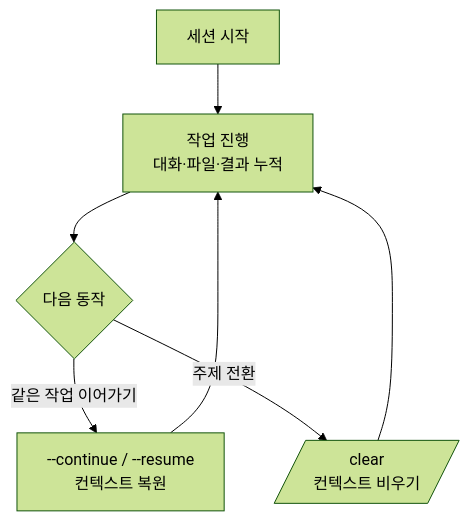
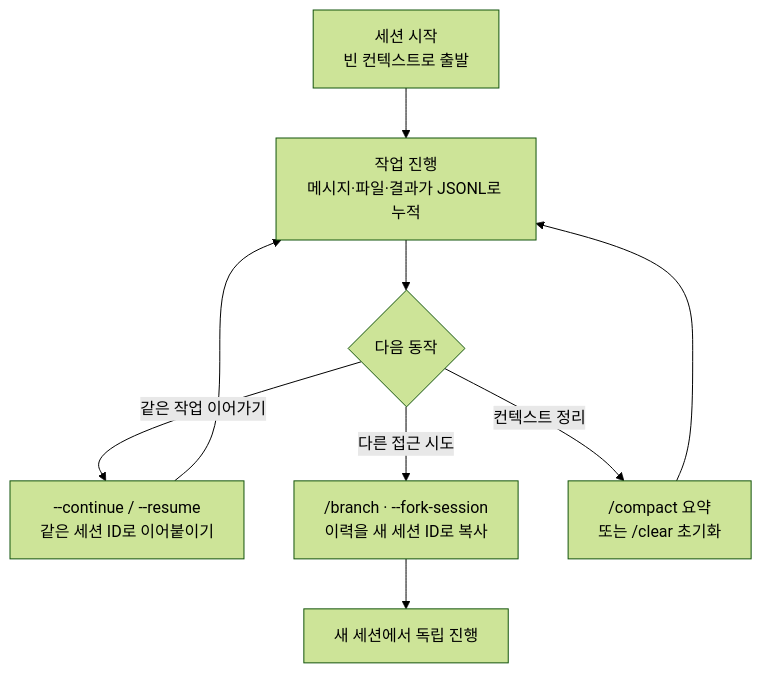
Before and after one commit to modu-ai/moai-adk: the diagram in docs-site/content/ko/claude-code/context-memory/sessions.md, drawn with Mermaid (forest theme). The commit also changed other lines of this file and 5 other files, not shown here.

````diff
--- a/docs-site/content/ko/claude-code/context-memory/sessions.md
+++ b/docs-site/content/ko/claude-code/context-memory/sessions.md
@@ -37,9 +105,11 @@
 ```mermaid
 flowchart TD
-    A[세션 시작] --> B[작업 진행<br/>대화·파일·결과 누적]
+    A["세션 시작<br/>빈 컨텍스트로 출발"] --> B["작업 진행<br/>메시지·파일·결과가 JSONL로 누적"]
     B --> C{다음 동작}
-    C -->|같은 작업 이어가기| D[--continue / --resume<br/>컨텍스트 복원]
-    C -->|주제 전환| E[/clear<br/>컨텍스트 비우기/]
+    C -->|같은 작업 이어가기| D["--continue / --resume<br/>같은 세션 ID로 이어붙이기"]
+    C -->|다른 접근 시도| E["/branch · --fork-session<br/>이력을 새 세션 ID로 복사"]
+    C -->|컨텍스트 정리| F["/compact 요약<br/>또는 /clear 초기화"]
     D --> B
-    E --> B
+    E --> G["새 세션에서 독립 진행"]
+    F --> B
 ```
````
